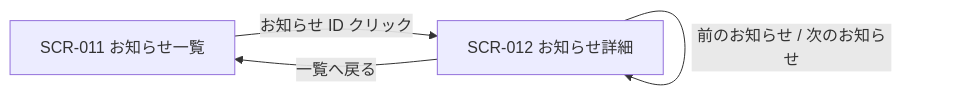
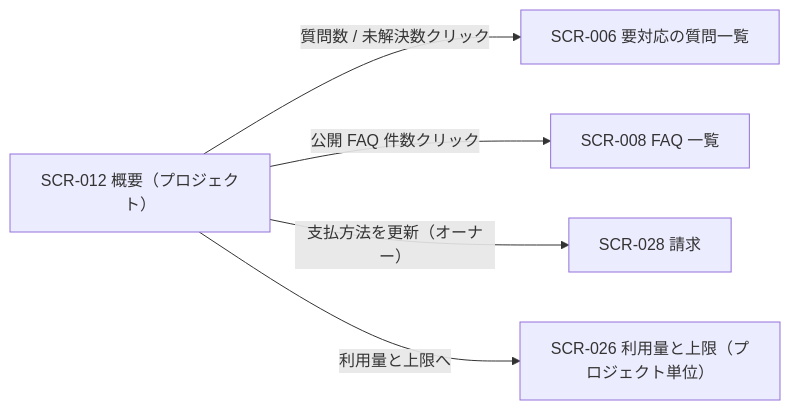
One commit to sikakou54/open-faq changed the diagram in 02_basic_design/01_screens/SCR-012.md. Above: the diagram before and after it, drawn with Mermaid. The commit also changed other lines of this file and 617 other files, not shown here.

````diff
--- a/02_basic_design/01_screens/SCR-012.md
+++ b/02_basic_design/01_screens/SCR-012.md
@@ -36,8 +37,12 @@
 ```mermaid
 flowchart LR
-  S0["SCR-011 お知らせ一覧"]
-  S1["SCR-012 お知らせ詳細"]
-  S0 -->|お知らせ ID クリック| S1
-  S1 -->|一覧へ戻る| S0
-  S1 -->|前のお知らせ / 次のお知らせ| S1
+  S8["SCR-012 概要（プロジェクト）"]
+  S5["SCR-006 要対応の質問一覧"]
+  S6["SCR-008 FAQ 一覧"]
+  S22["SCR-028 請求"]
+  S21["SCR-026 利用量と上限（プロジェクト単位）"]
+  S8 -->|質問数 / 未解決数クリック| S5
+  S8 -->|公開 FAQ 件数クリック| S6
+  S8 -->|支払方法を更新（オーナー）| S22
+  S8 -->|利用量と上限へ| S21
 ```
````
